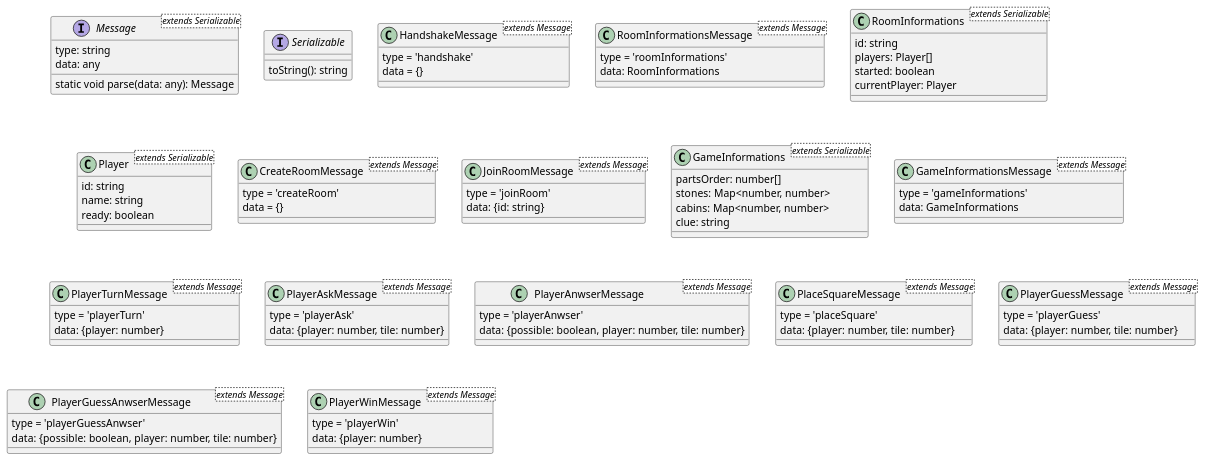
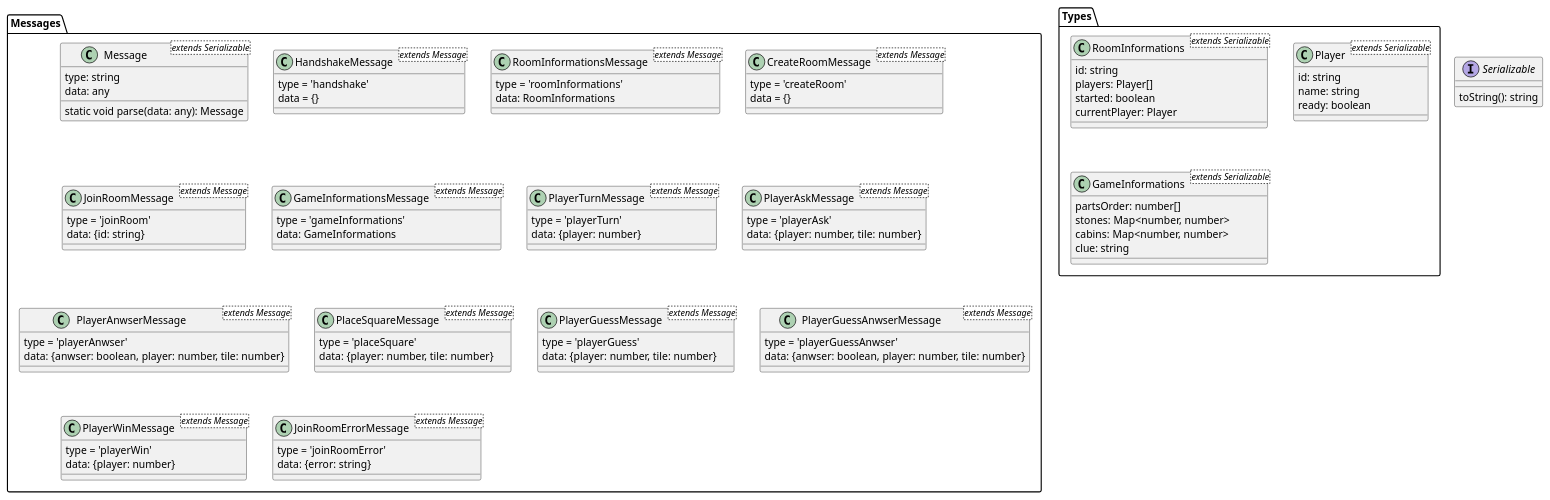
The diagram in messages.puml (Lukyrouge3/cryptide-server), drawn with PlantUML before and after one commit. The commit also changed 8 other files, not shown here.

```diff
--- a/messages.puml
+++ b/messages.puml
@@ -1,93 +1,100 @@
 @startuml Classes
-interface Message<extends Serializable> {
-    type: string
-    data: any
-
-    static void parse(data: any): Message
-}
-
 interface Serializable {
     toString(): string
 }
+package Messages {
+    class Message<extends Serializable> {
+        type: string
+        data: any
 
-class HandshakeMessage<extends Message> {
-    type = 'handshake'
-    data = {}
+        static void parse(data: any): Message
+    }
+
+    class HandshakeMessage<extends Message> {
+        type = 'handshake'
+        data = {}
+    }
+
+    class RoomInformationsMessage<extends Message> {
+        type = 'roomInformations'
+        data: RoomInformations
+    }
+
+    class CreateRoomMessage<extends Message> {
+        type = 'createRoom'
+        data = {}
+    }
+
+    class JoinRoomMessage<extends Message> {
+        type = 'joinRoom'
+        data: {id: string}
+    }
+
+    class GameInformationsMessage<extends Message> {
+        type = 'gameInformations'
+        data: GameInformations
+    }
+
+    class PlayerTurnMessage<extends Message> {
+        type = 'playerTurn'
+        data: {player: number}
+    }
+
+    class PlayerAskMessage<extends Message> {
+    type = 'playerAsk'
+    data: {player: number, tile: number}
+    }
+
+    class PlayerAnwserMessage<extends Message> {
+    type = 'playerAnwser'
+    data: {anwser: boolean, player: number, tile: number}
+    }
+
+    class PlaceSquareMessage<extends Message> {
+    type = 'placeSquare'
+    data: {player: number, tile: number}
+    }
+
+    class PlayerGuessMessage<extends Message> {
+    type = 'playerGuess'
+    data: {player: number, tile: number}
+    }
+
+    class PlayerGuessAnwserMessage<extends Message> {
+    type = 'playerGuessAnwser'
+    data: {anwser: boolean, player: number, tile: number}
+    }
+
+    class PlayerWinMessage<extends Message> {
+    type = 'playerWin'
+    data: {player: number}
+    }
+
+    class JoinRoomErrorMessage<extends Message> {
+    type = 'joinRoomError'
+    data: {error: string}
+    }
 }
 
-class RoomInformationsMessage<extends Message> {
-    type = 'roomInformations'
-    data: RoomInformations
-}
+package Types {
+    class RoomInformations<extends Serializable> {
+        id: string
+        players: Player[]
+        started: boolean
+        currentPlayer: Player
+    }
 
-class RoomInformations<extends Serializable> {
-    id: string
-    players: Player[]
-    started: boolean
-    currentPlayer: Player
-}
-
-class Player<extends Serializable> {
-    id: string
-    name: string
-    ready: boolean
-}
-
-class CreateRoomMessage<extends Message> {
-    type = 'createRoom'
-    data = {}
-}
-
-class JoinRoomMessage<extends Message> {
-    type = 'joinRoom'
-    data: {id: string}
-}
-
-class GameInformations<extends Serializable> {
-    partsOrder: number[]
-    stones: Map<number, number>
-    cabins: Map<number, number>
-    clue: string
-}
-
-class GameInformationsMessage<extends Message> {
-    type = 'gameInformations'
-    data: GameInformations
-}
-
-class PlayerTurnMessage<extends Message> {
-    type = 'playerTurn'
-    data: {player: number}
-}
-
-class PlayerAskMessage<extends Message> {
-    type = 'playerAsk'
-    data: {player: number, tile: number}
-}
-
-class PlayerAnwserMessage<extends Message> {
-    type = 'playerAnwser'
-    data: {possible: boolean, player: number, tile: number}
-}
-
-class PlaceSquareMessage<extends Message> {
-    type = 'placeSquare'
-    data: {player: number, tile: number}
-}
-
-class PlayerGuessMessage<extends Message> {
-    type = 'playerGuess'
-    data: {player: number, tile: number}
-}
-
-class PlayerGuessAnwserMessage<extends Message> {
-    type = 'playerGuessAnwser'
-    data: {possible: boolean, player: number, tile: number}
-}
-
-class PlayerWinMessage<extends Message> {
-    type = 'playerWin'
-    data: {player: number}
+    class Player<extends Serializable> {
+        id: string
+        name: string
+        ready: boolean
+    }
+    class GameInformations<extends Serializable> {
+        partsOrder: number[]
+        stones: Map<number, number>
+        cabins: Map<number, number>
+        clue: string
+    }
 }
 
 @enduml
```
